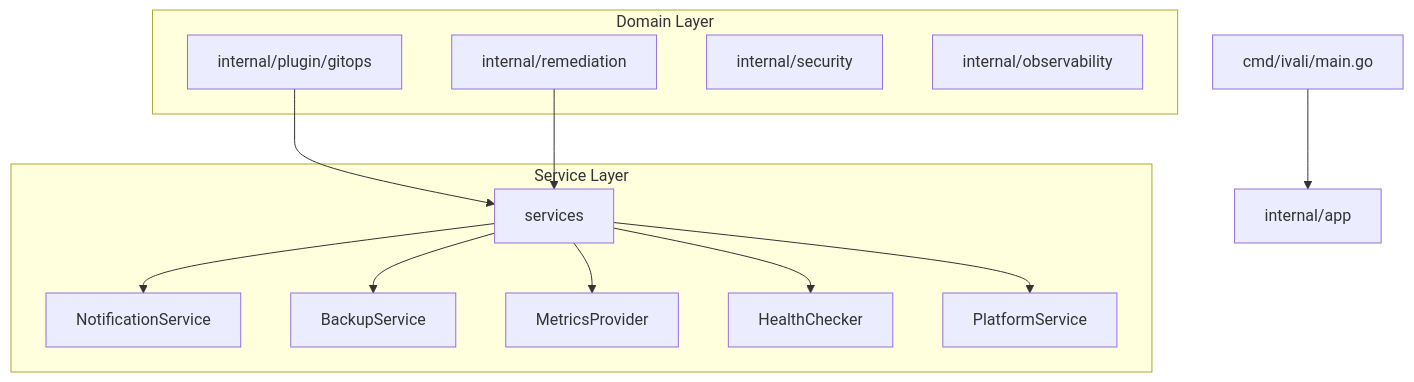
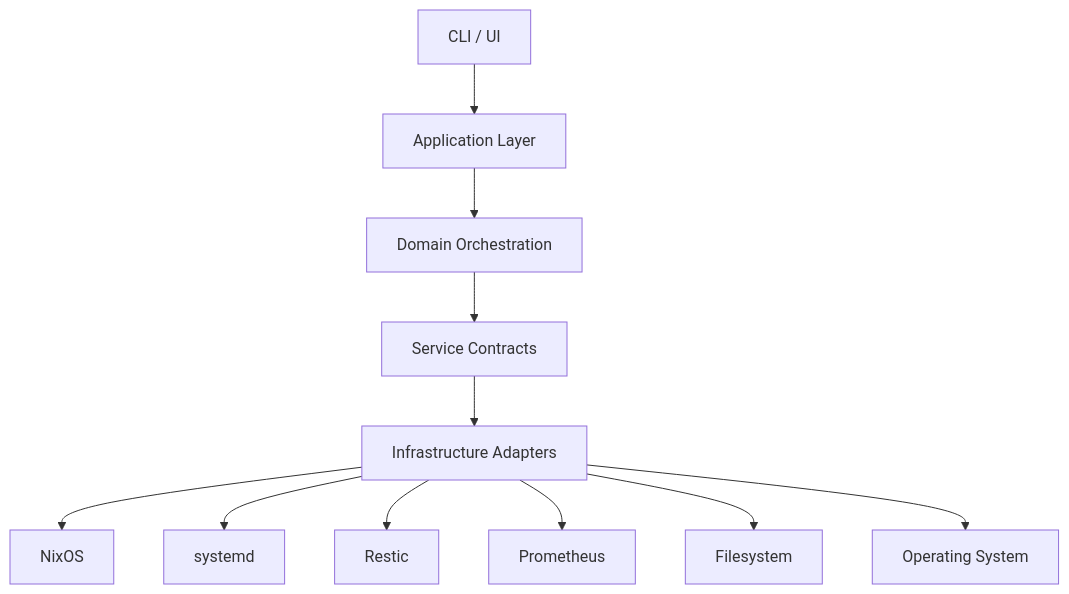
Before and after one commit to itsivali/nixos-infrastructure: the second of 2 diagrams in ARCHITECTURE.md, drawn with Mermaid. The commit also changed other lines of this file and 18 other files, not shown here.

````diff
--- a/ARCHITECTURE.md
+++ b/ARCHITECTURE.md
@@ -245,29 +954,15 @@
 ```mermaid
 graph TD
-    main[cmd/ivali/main.go] --> app[internal/app]
-    
-    subgraph "Service Layer"
-        services[services]
-        notification[NotificationService]
-        backup[BackupService]
-        metrics[MetricsProvider]
-        health[HealthChecker]
-        platform[PlatformService]
-    end
-    
-    subgraph "Domain Layer"
-        gitops[internal/plugin/gitops]
-        remediation[internal/remediation]
-        security[internal/security]
-        observability[internal/observability]
-    end
-    
-    services --> notification
-    services --> backup
-    services --> metrics
-    services --> health
-    services --> platform
-    
-    gitops --> services
-    remediation --> services
+    cli[CLI / UI] --> app[Application Layer]
+    app --> orchestration[Domain Orchestration]
+    orchestration --> contracts[Service Contracts]
+
+    contracts --> adapters[Infrastructure Adapters]
+
+    adapters --> nix[NixOS]
+    adapters --> systemd[systemd]
+    adapters --> restic[Restic]
+    adapters --> prometheus[Prometheus]
+    adapters --> filesystem[Filesystem]
+    adapters --> os[Operating System]
 ```
````
